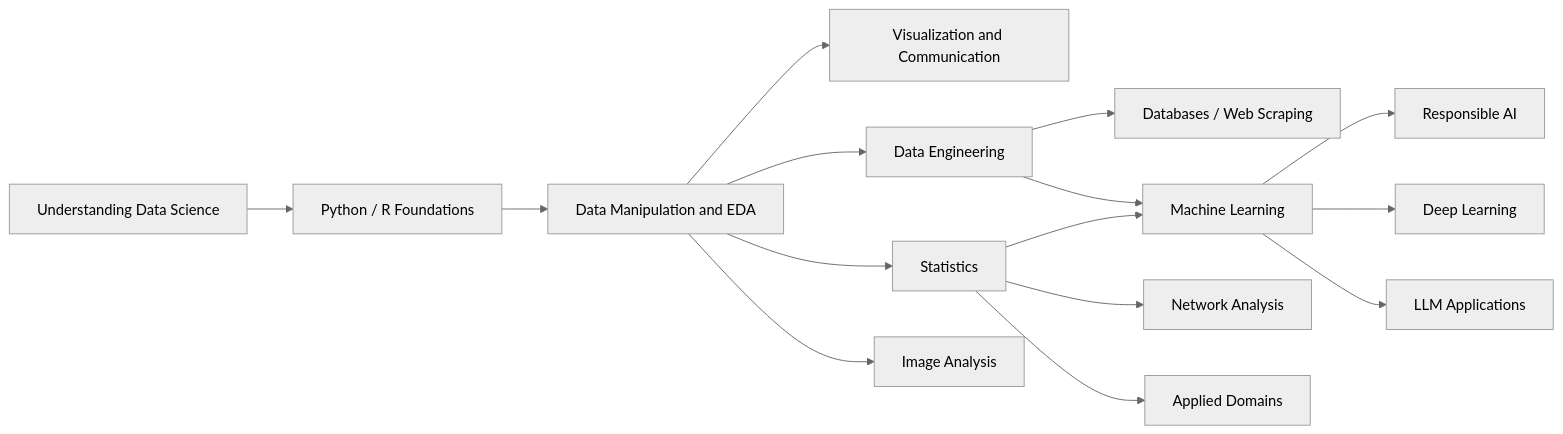
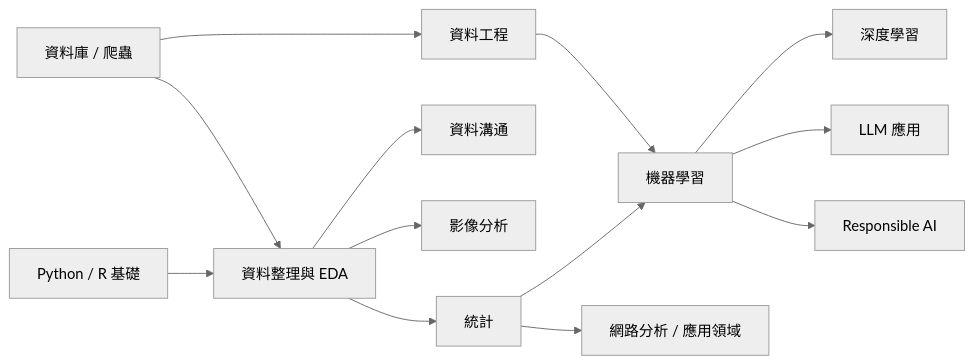
Before and after one commit to JohnnyFan0875/notebook: the diagram in data-science/README.md, drawn with Mermaid (neutral theme). The commit also changed other lines of this file and 2 other files, not shown here.

Commit message:
Restructure data-science: phase 6 top-level README and entry note

````diff
--- a/data-science/README.md
+++ b/data-science/README.md
@@ -37,17 +50,15 @@
 ```mermaid
 flowchart LR
-    A[Understanding Data Science] --> B[Python / R Foundations]
-    B --> C[Data Manipulation and EDA]
-    C --> D[Visualization and Communication]
-    C --> E[Statistics]
-    C --> F[Data Engineering]
-    F --> K[Databases / Web Scraping]
-    E --> G[Machine Learning]
-    G --> L[Responsible AI]
-    F --> G
-    G --> H[Deep Learning]
-    G --> I[LLM Applications]
-    E --> J[Network Analysis]
-    E --> M[Applied Domains]
-    C --> N[Image Analysis]
+    A[Python / R 基礎] --> B[資料整理與 EDA]
+    B --> C[統計]
+    B --> D[資料溝通]
+    C --> E[機器學習]
+    E --> F[深度學習]
+    E --> G[LLM 應用]
+    E --> H[Responsible AI]
+    C --> I[網路分析 / 應用領域]
+    B --> J[影像分析]
+    K[資料庫 / 爬蟲] --> B
+    K --> L[資料工程]
+    L --> E
 ```
````
